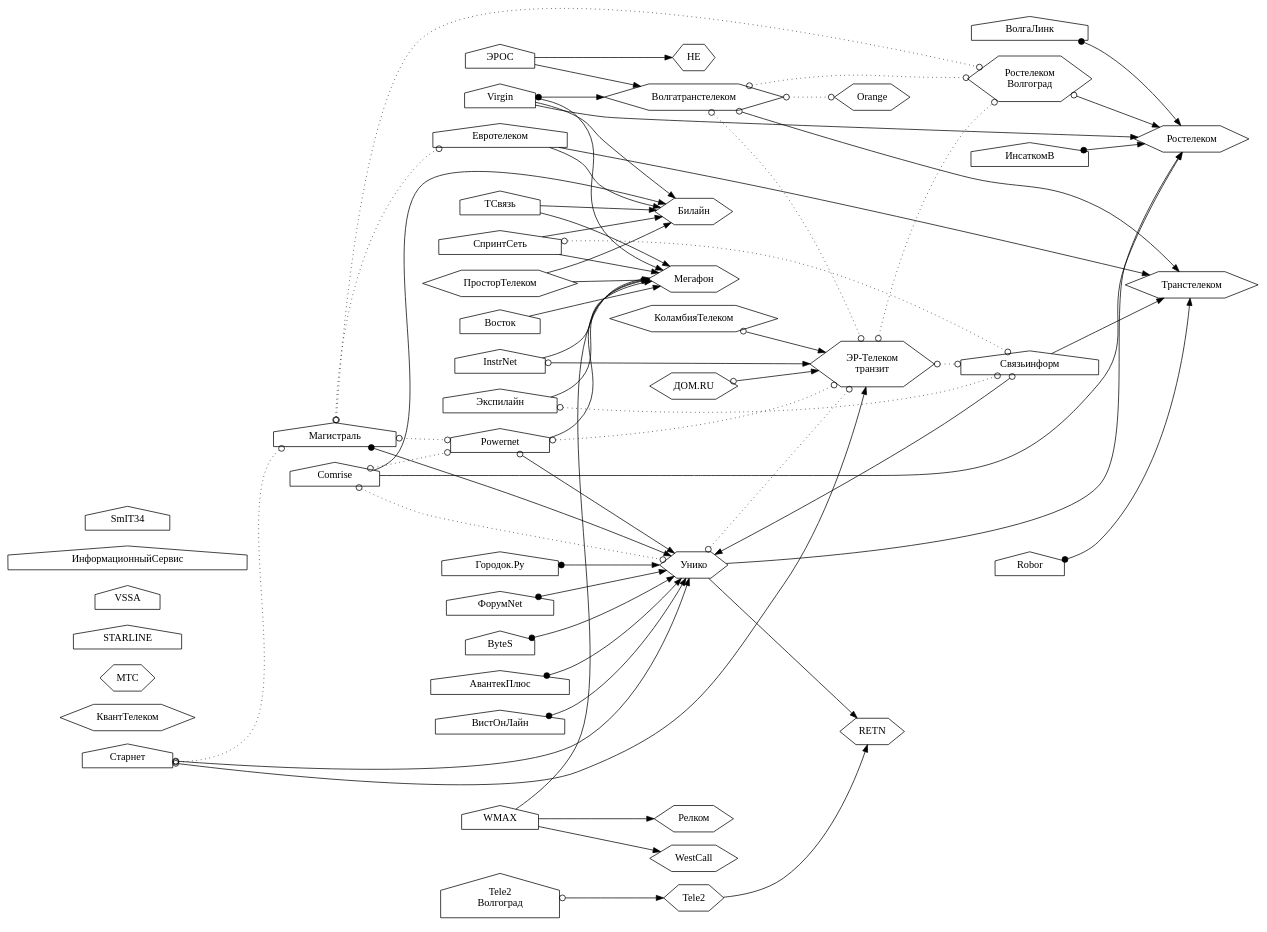
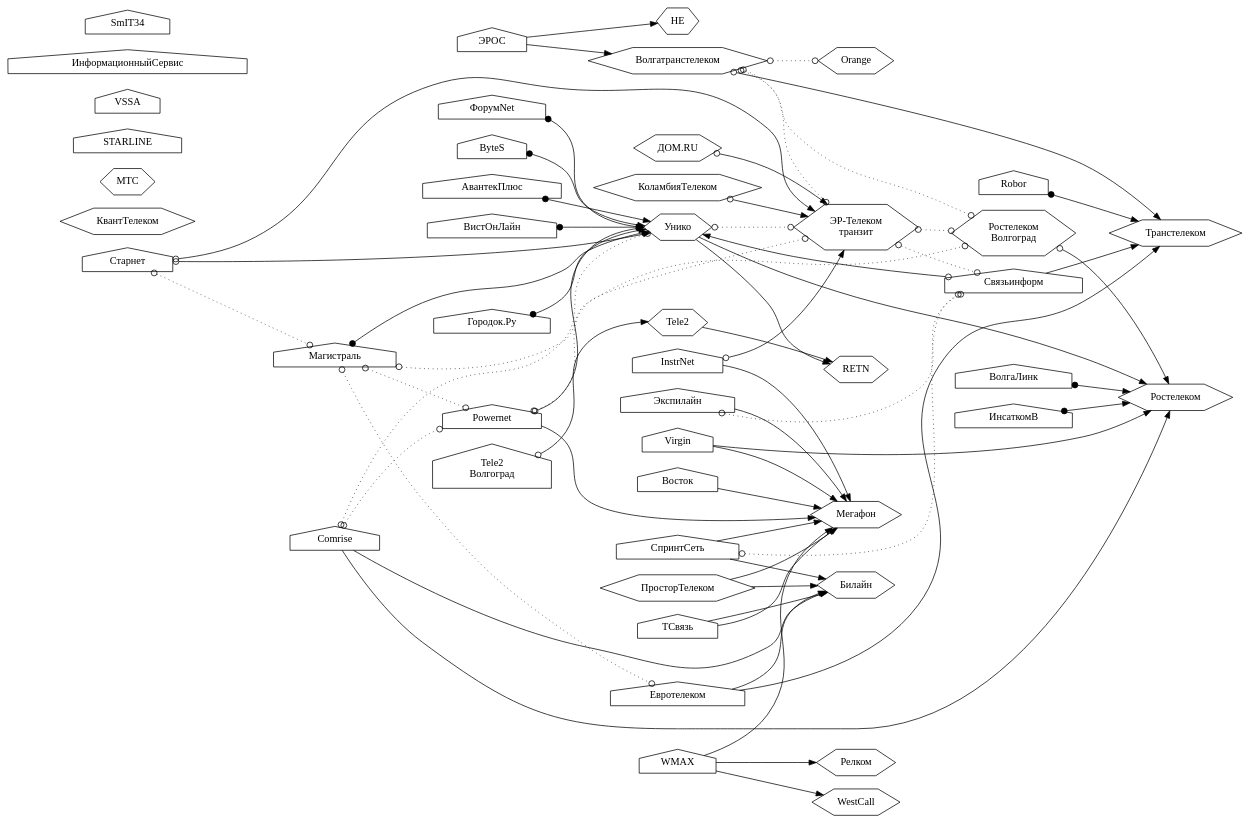
The diagram in static/links/links.dot (Urlandi/elsv-v.ru), drawn with Graphviz before and after one commit. The commit also changed 5 other files, not shown here.

```diff
--- a/static/links/links.dot
+++ b/static/links/links.dot
@@ -1,163 +1,161 @@
 digraph ispgraph {
 
 rankdir = LR;
 node [shape=house;];
 
 Унико, ДомРу, ЭрТелеком, Транстелеком, Волгатранстелеком, Релком [shape=hexagon;];
 Мегафон, Вымпелком, КоламбияТелеком, Ростелеком, HE, КвантТелеком [shape=hexagon;];
 Tele2, МТС, ЮТК, Orange, ПросторТелеком, WestCall, RETN [shape=hexagon;];
 
 ДомРу [label="ДОМ.RU"];
 ЭрТелеком [label="ЭР-Телеком\nтранзит"];
 ЮТК [label="Ростелеком\nВолгоград"];
 Вымпелком [label="Билайн"];
 ГородокТочкаРу [label="Городок.Ру"];
 СМАРТС [label="Tele2\nВолгоград"];
 
 subgraph backbone {/*Собственная опорная сеть*/
 Транстелеком;
 Мегафон;
 Вымпелком;
 Ростелеком;
 HE;
 МТС;
 Orange;
 ЭрТелеком;
 WestCall;
 };
 
 subgraph Ростелеком {/*Провайдеры члены Ростелеком*/
 Ростелеком;
 ЮТК;
 };
 
 subgraph ЭрТелекомХолдинг {/*ЭР-Телеком*/
 ДомРу;
 ЭрТелеком;
 КоламбияТелеком;
 };
 
 {/*Отсутствует информация о подключении*/
 STARLINE;
 VSSA;
 ИнформационныйСервис;
 КвантТелеком;
 SmIT34;
 };
 
 
 {/*Магистральные связи*/
 
 Связьинформ -> Транстелеком;
 
 Tele2 -> RETN;
 
 СпринтСеть -> Вымпелком;
 СпринтСеть -> Мегафон;
 
 Экспилайн -> Мегафон;
 
 ЭРОС -> Волгатранстелеком;
 ЭРОС -> HE;
 
 
 Comrise -> Ростелеком;
 Comrise -> Вымпелком;
 
 Powernet -> Мегафон;
 
 Евротелеком -> Транстелеком;
 Евротелеком -> Вымпелком;
 
-Virgin -> Вымпелком;
 Virgin -> Мегафон;
 Virgin -> Ростелеком;
 
 Унико -> Ростелеком;
 Унико -> RETN;
 
 ПросторТелеком -> Вымпелком;
 ПросторТелеком -> Мегафон;
 
 WMAX -> Мегафон;
 WMAX -> WestCall;
 WMAX -> Релком;
 
 InstrNet -> Мегафон;
 
 ТСвязь -> Мегафон;
 ТСвязь -> Вымпелком;
 
 Восток -> Мегафон;
 
 {/*Пиринг с магистральным оператором*/
 edge [dir=both; arrowtail=odot;];
 
 Связьинформ -> Унико;
 
 Старнет -> Унико;
 Старнет -> ЭрТелеком;
 
 Powernet -> Унико;
 
 ЮТК -> Ростелеком;
 
 Волгатранстелеком -> Транстелеком;
 
 ДомРу -> ЭрТелеком;
 КоламбияТелеком -> ЭрТелеком;
 
 InstrNet -> ЭрТелеком;
 
 СМАРТС -> Tele2;
 
 };
 
 {/*Маршрутизация на оборудовании магистрального оператора*/
 edge [dir=both; arrowtail=dot;];
 
 ВолгаЛинк -> Ростелеком;
 ИнсаткомВ -> Ростелеком;
 Магистраль -> Унико;
 ГородокТочкаРу -> Унико;
 ФорумNet -> Унико;
 ByteS -> Унико;
 АвантекПлюс -> Унико;
 Robor -> Транстелеком;
-Virgin -> Волгатранстелеком;
 ВистОнЛайн -> Унико;
 };
 
 };
 
 {/*Пиринг*/
 
 edge [dir=both; arrowhead=odot; arrowtail=odot; style=dotted;];
 
 СпринтСеть -> Связьинформ;
 
 Старнет -> Магистраль;
 
 Экспилайн -> Связьинформ;
 
 Comrise -> Унико;
 Comrise -> Powernet;
 
 Powernet -> ЭрТелеком;
 
 Магистраль -> Powernet;
 Магистраль -> ЮТК;
 Магистраль -> Евротелеком;
 
 Унико -> ЭрТелеком;
 
 Волгатранстелеком -> ЮТК;
 Волгатранстелеком -> ЭрТелеком;
 Волгатранстелеком -> Orange;
 
 ЭрТелеком -> ЮТК;
 ЭрТелеком -> Связьинформ;
 
 };
 
 }
```
